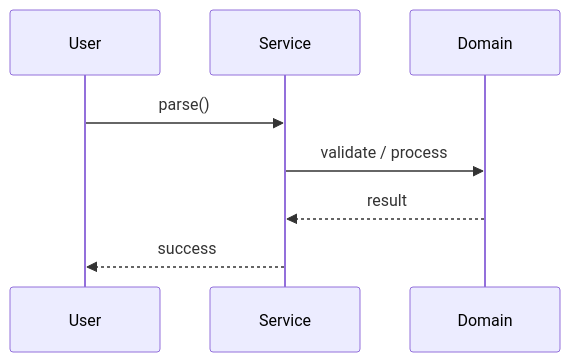
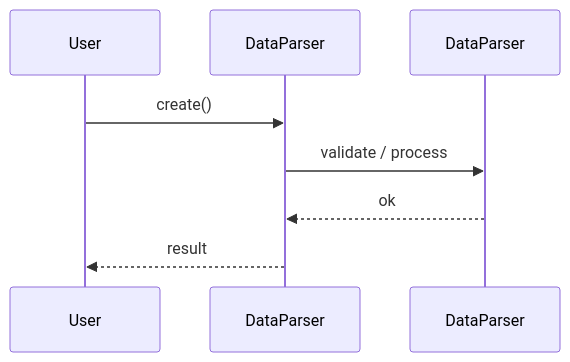
The second of 3 diagrams in Learn/System Design - Low Level Design/03-design-patterns/questions/Q16-template-method-parser.md (madhupaila/Interview-Prep-SSE), drawn with Mermaid before and after one commit. The commit also changed other lines of this file and 491 other files, not shown here.

````diff
--- a/Learn/System Design - Low Level Design/03-design-patterns/questions/Q16-template-method-parser.md
+++ b/Learn/System Design - Low Level Design/03-design-patterns/questions/Q16-template-method-parser.md
@@ -120,10 +142,10 @@
 ```mermaid
 sequenceDiagram
-    participant U as User
-    participant S as Service
-    participant D as Domain
-    U->>S: parse()
-    S->>D: validate / process
-    D-->>S: result
-    S-->>U: success
+participant U as User
+participant S as DataParser
+participant D as DataParser
+U->>S: create()
+S->>D: validate / process
+D-->>S: ok
+S-->>U: result
 ```
````
